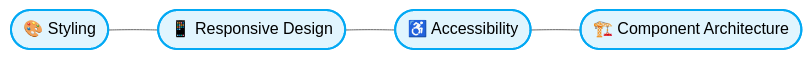
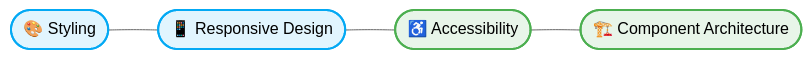
The diagram in frontend/design-ui/readme.md (beginwebdev2002/best-practise), drawn with Mermaid (neutral theme) before and after one commit. The commit also changed other lines of this file and 5 other files, not shown here.

````diff
--- a/frontend/design-ui/readme.md
+++ b/frontend/design-ui/readme.md
@@ -64,12 +64,13 @@
 ```mermaid
 graph LR
     A([🎨 Styling]) --- B([📱 Responsive Design])
     B --- C([♿ Accessibility])
     C --- D([🏗️ Component Architecture])
 
     classDef default fill:#e1f5fe,stroke:#03a9f4,stroke-width:2px,color:#000;
+    classDef component fill:#e8f5e9,stroke:#4caf50,stroke-width:2px,color:#000;
     class A default;
     class B default;
-    class C default;
-    class D default;
+    class C component;
+    class D component;
 ```
````
